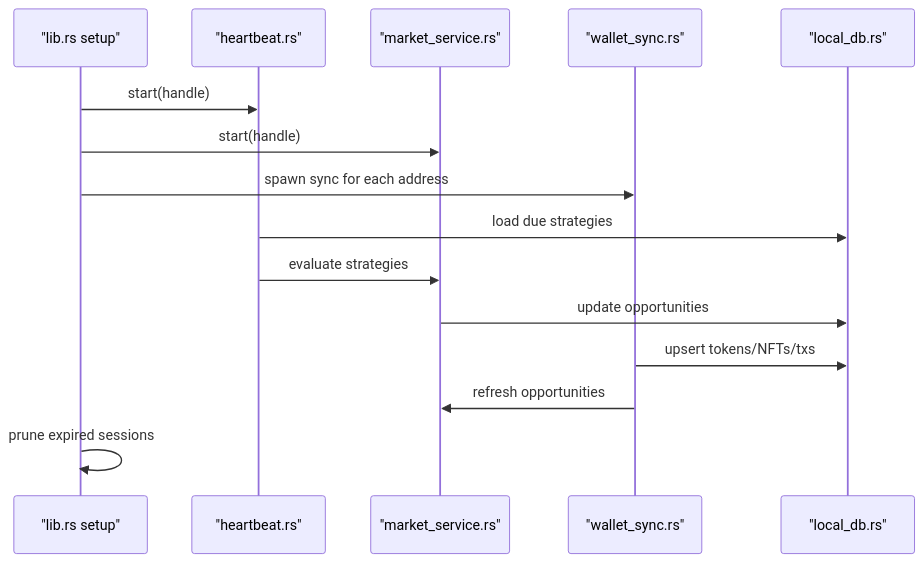
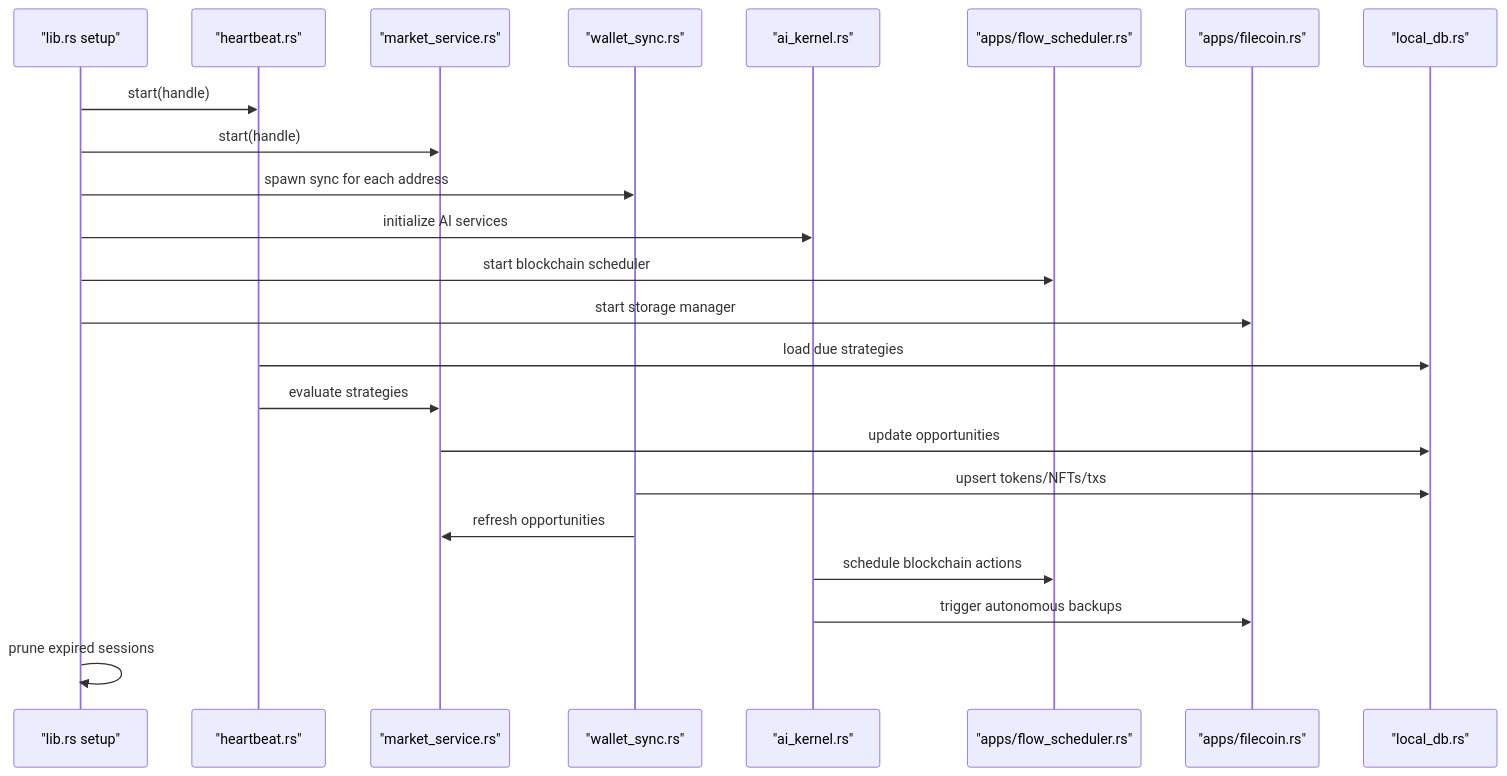
One commit to sanketnighot/shadow-protocol changed the second of 12 diagrams in .qoder/repowiki/en/content/Backend Services Architecture/Service Layer Overview.md. Above: the diagram before and after it, drawn with Mermaid. The commit also changed other lines of this file and 9 other files, not shown here.

First line of the commit message:
feat: Enhance SHADOW Protocol with new Flow and AI services integration

````diff
--- a/.qoder/repowiki/en/content/Backend Services Architecture/Service Layer Overview.md
+++ b/.qoder/repowiki/en/content/Backend Services Architecture/Service Layer Overview.md
@@ -97,17 +162,25 @@
 ```mermaid
 sequenceDiagram
 participant App as "lib.rs setup"
 participant Heartbeat as "heartbeat.rs"
 participant Market as "market_service.rs"
 participant Wallet as "wallet_sync.rs"
+participant AIKernel as "ai_kernel.rs"
+participant FlowScheduler as "apps/flow_scheduler.rs"
+participant Filecoin as "apps/filecoin.rs"
 participant DB as "local_db.rs"
 App->>Heartbeat : start(handle)
 App->>Market : start(handle)
 App->>Wallet : spawn sync for each address
+App->>AIKernel : initialize AI services
+App->>FlowScheduler : start blockchain scheduler
+App->>Filecoin : start storage manager
 Heartbeat->>DB : load due strategies
 Heartbeat->>Market : evaluate strategies
 Market->>DB : update opportunities
 Wallet->>DB : upsert tokens/NFTs/txs
 Wallet->>Market : refresh opportunities
+AIKernel->>FlowScheduler : schedule blockchain actions
+AIKernel->>Filecoin : trigger autonomous backups
 App->>App : prune expired sessions
 ```
````
